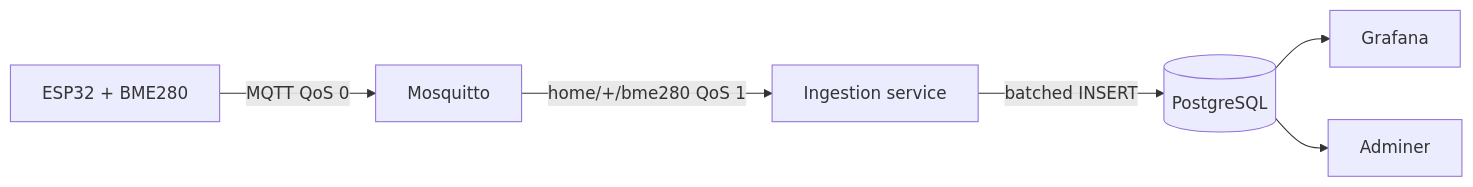
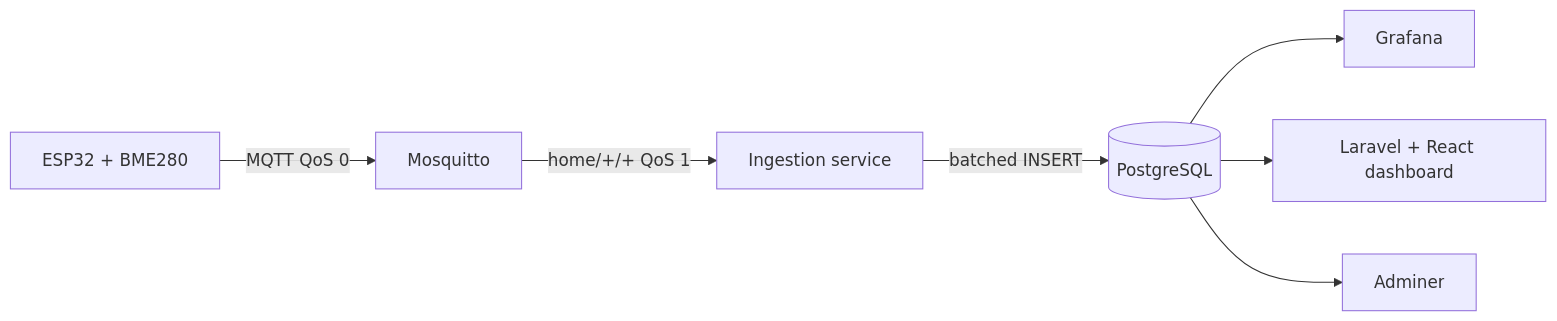
Before and after one commit to joelfrens/home-automation: the diagram in README.md, drawn with Mermaid. The commit also changed other lines of this file and 43 other files, not shown here.

````diff
--- a/README.md
+++ b/README.md
@@ -11,8 +11,9 @@
 ```mermaid
 flowchart LR
     A[ESP32 + BME280] -->|MQTT QoS 0| B[Mosquitto]
-    B -->|home/+/bme280 QoS 1| C[Ingestion service]
+    B -->|home/+/+ QoS 1| C[Ingestion service]
     C -->|batched INSERT| D[(PostgreSQL)]
     D --> E[Grafana]
+    D --> G[Laravel + React dashboard]
     D --> F[Adminer]
 ```
````
